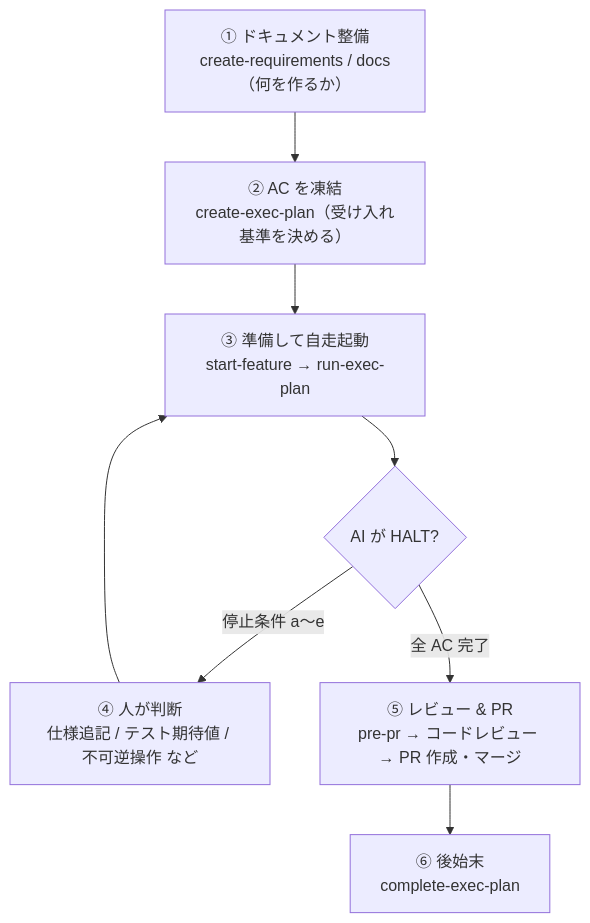
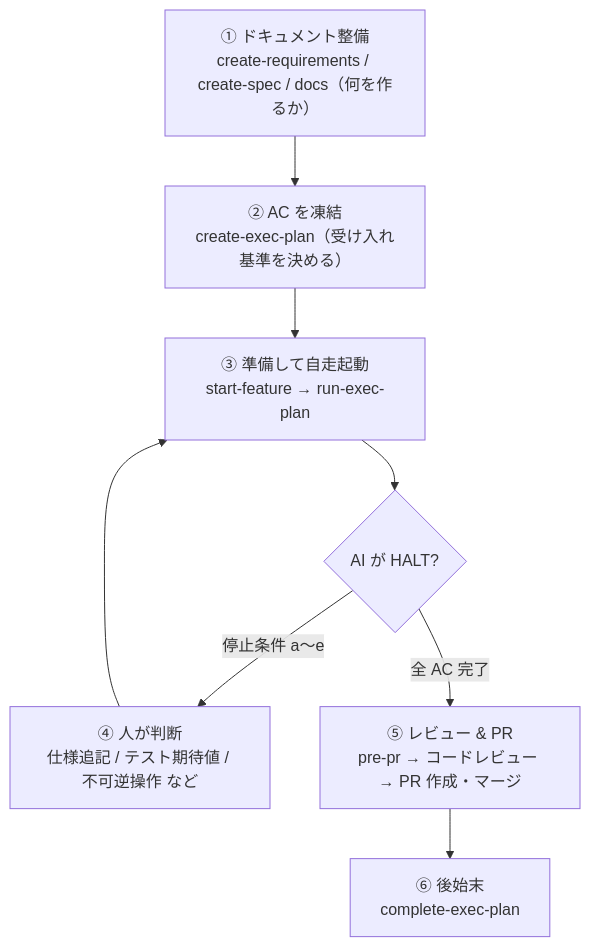
One commit to aki-senri/DocDDTemplate changed the diagram in ONBOARDING.ja.md. Above: the diagram before and after it, drawn with Mermaid. The commit also changed other lines of this file and 3 other files, not shown here.

First line of the commit message:
docs: README/ONBOARDING を #18（create-spec 追加）に整合させ人とAIの役割分担を明確化

````diff
--- a/ONBOARDING.ja.md
+++ b/ONBOARDING.ja.md
@@ -321,11 +321,11 @@
 ```mermaid
 flowchart TD
-    A["① ドキュメント整備<br/>create-requirements / docs（何を作るか）"] --> B
+    A["① ドキュメント整備<br/>create-requirements / create-spec / docs（何を作るか）"] --> B
     B["② AC を凍結<br/>create-exec-plan（受け入れ基準を決める）"] --> C
     C["③ 準備して自走起動<br/>start-feature → run-exec-plan"]
     C --> D{AI が HALT?}
     D -->|停止条件 a〜e| E["④ 人が判断<br/>仕様追記 / テスト期待値 / 不可逆操作 など"]
     E --> C
     D -->|全 AC 完了| F["⑤ レビュー & PR<br/>pre-pr → コードレビュー → PR 作成・マージ"]
     F --> G["⑥ 後始末<br/>complete-exec-plan"]
 ```
````
